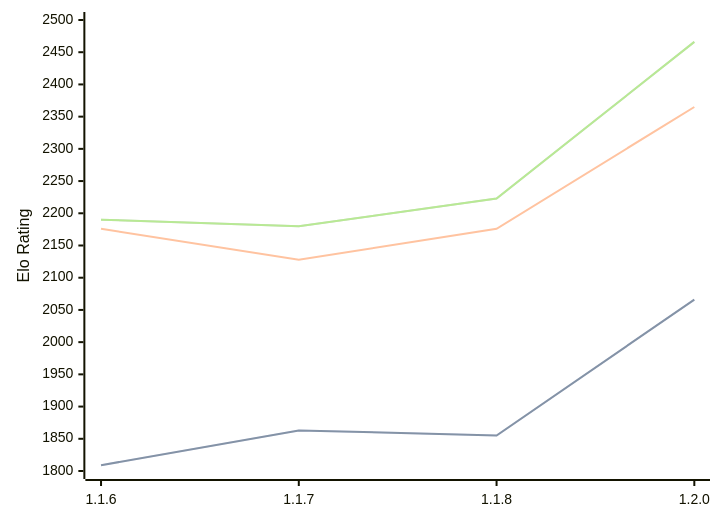
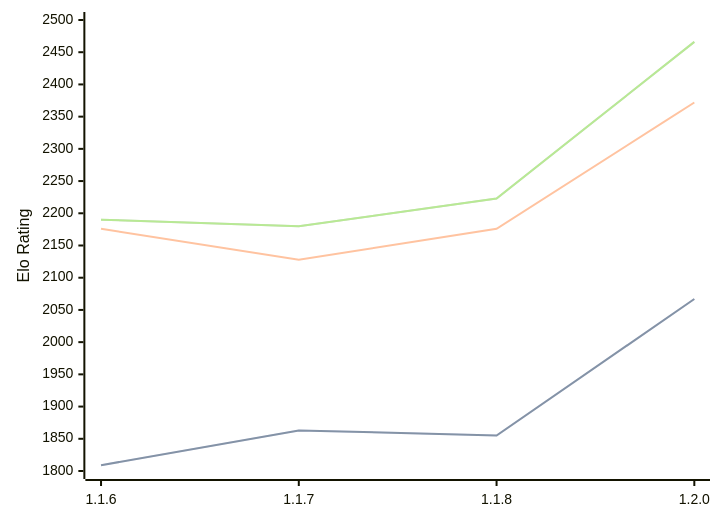
Before and after one commit to computer-chess-index/cci: the diagram in engines/Soomi.md, drawn with Mermaid. The commit also changed other lines of this file, not shown here.

Commit message:
Update CCI Ratings (ELO VLTC) - 2026-03-27

````diff
--- a/engines/Soomi.md
+++ b/engines/Soomi.md
@@ -34,11 +34,11 @@
 ```mermaid
 %%{init: {"theme":"base","themeVariables":{"seriesColors:['#a3a3a3','#222221','#faa371']}}}%%
 xychart-beta
   x-axis ["1.1.6", "1.1.7", "1.1.8", "1.2.0"]
   y-axis "Elo Rating" 1800 --> 2500
-  line "STC (8.0+0.08s)" [1809, 1863, 1855, 2066]
-  line "STC (8.0+0.08s)" [1809, 1863, 1855, 2066]
-  line "LTC (60.0+0.60s)" [2176, 2128, 2176, 2365]
+  line "STC (8.0+0.08s)" [1809, 1863, 1855, 2067]
+  line "STC (8.0+0.08s)" [1809, 1863, 1855, 2067]
+  line "LTC (60.0+0.60s)" [2176, 2128, 2176, 2372]
   line "VLTC (2m24s+1.12s)" [2190, 2180, 2223, 2466]
   line "VLTC (2m24s+1.12s)" [2190, 2180, 2223, 2466]
 ```
````
